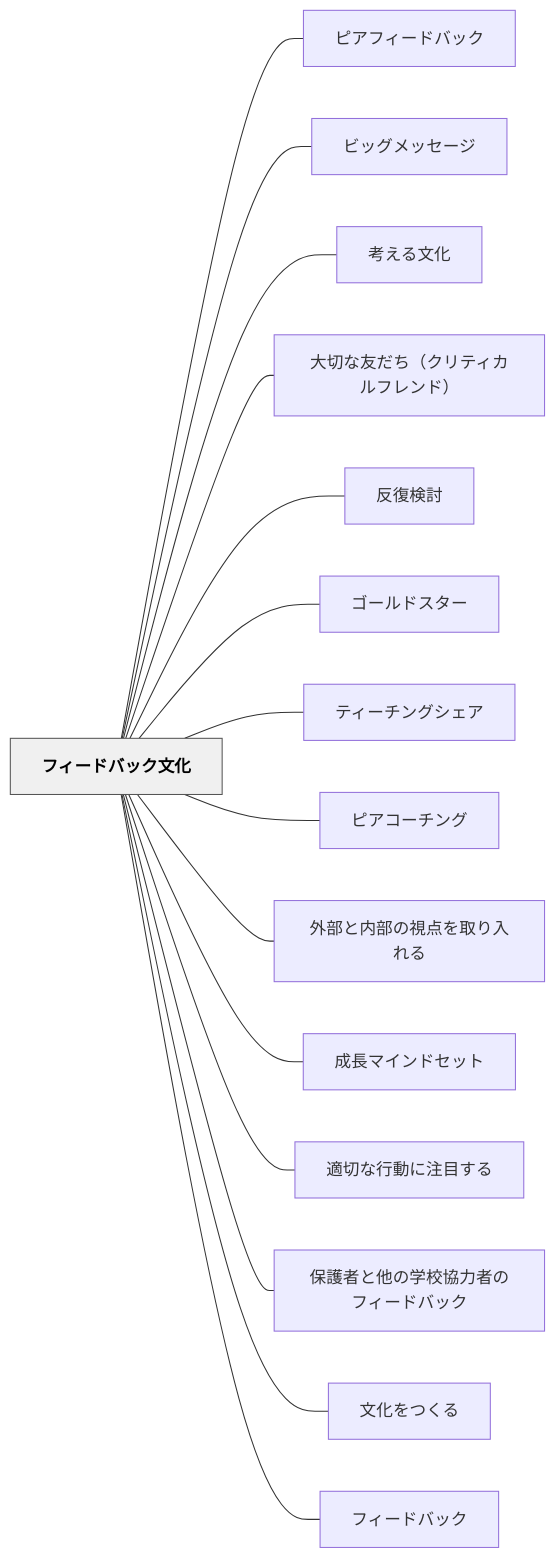
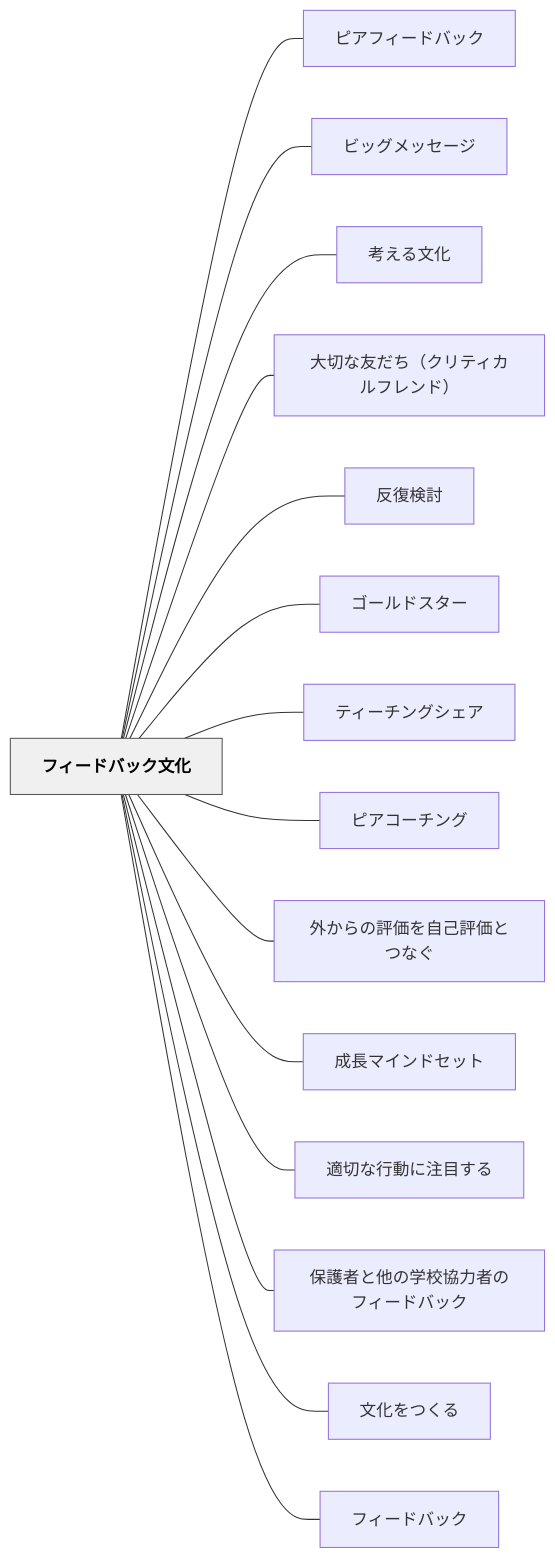
Before and after one commit to unknownthings-ed-patterns/unknownthings-ed-patterns: the diagram in content/パタン/フィードバック文化.md, drawn with Mermaid. The commit also changed other lines of this file and 8 other files, not shown here.

````diff
--- a/content/パタン/フィードバック文化.md
+++ b/content/パタン/フィードバック文化.md
@@ -89,36 +89,36 @@
 ```mermaid
 flowchart LR
     ne38395e382a3e383bce38389e38390e38383e382afe69687e58c96["フィードバック文化"]
     ne38394e382a2e38395e382a3e383bce38389e38390e38383e382af["ピアフィードバック"]
     ne38393e38383e382b0e383a1e38383e382bbe383bce382b8["ビッグメッセージ"]
     ne88083e38188e3828be69687e58c96["考える文化"]
     ne5a4a7e58887e381aae58f8be381a0e381a1efbc88e382afe383aae38386e382a3e382abe383abe38395e383ace383b3e38389efbc89["大切な友だち（クリティカルフレンド）"]
     ne58f8de5bea9e6a49ce8a88e["反復検討"]
     ne382b4e383bce383abe38389e382b9e382bfe383bc["ゴールドスター"]
     ne38386e382a3e383bce38381e383b3e382b0e382b7e382a7e382a2["ティーチングシェア"]
     ne38394e382a2e382b3e383bce38381e383b3e382b0["ピアコーチング"]
-    ne5a496e983a8e381a8e58685e983a8e381aee8a696e782b9e38292e58f96e3828ae585a5e3828ce3828b["外部と内部の視点を取り入れる"]
+    ne5a496e3818be38289e381aee8a995e4bea1e38292e887aae5b7b1e8a995e4bea1e381a8e381a4e381aae38190["外からの評価を自己評価とつなぐ"]
     ne68890e995b7e3839ee382a4e383b3e38389e382bbe38383e38388["成長マインドセット"]
     ne981a9e58887e381aae8a18ce58b95e381abe6b3a8e79baee38199e3828b["適切な行動に注目する"]
     ne4bf9de8adb7e88085e381a8e4bb96e381aee5ada6e6a0a1e58d94e58a9be88085e381aee38395e382a3e383bce38389e38390e38383e382af["保護者と他の学校協力者のフィードバック"]
     ne69687e58c96e38292e381a4e3818fe3828b["文化をつくる"]
     ne38395e382a3e383bce38389e38390e38383e382af["フィードバック"]
 
     ne38395e382a3e383bce38389e38390e38383e382afe69687e58c96 --- ne38394e382a2e38395e382a3e383bce38389e38390e38383e382af
     ne38395e382a3e383bce38389e38390e38383e382afe69687e58c96 --- ne38393e38383e382b0e383a1e38383e382bbe383bce382b8
     ne38395e382a3e383bce38389e38390e38383e382afe69687e58c96 --- ne88083e38188e3828be69687e58c96
     ne38395e382a3e383bce38389e38390e38383e382afe69687e58c96 --- ne5a4a7e58887e381aae58f8be381a0e381a1efbc88e382afe383aae38386e382a3e382abe383abe38395e383ace383b3e38389efbc89
     ne38395e382a3e383bce38389e38390e38383e382afe69687e58c96 --- ne58f8de5bea9e6a49ce8a88e
     ne38395e382a3e383bce38389e38390e38383e382afe69687e58c96 --- ne382b4e383bce383abe38389e382b9e382bfe383bc
     ne38395e382a3e383bce38389e38390e38383e382afe69687e58c96 --- ne38386e382a3e383bce38381e383b3e382b0e382b7e382a7e382a2
     ne38395e382a3e383bce38389e38390e38383e382afe69687e58c96 --- ne38394e382a2e382b3e383bce38381e383b3e382b0
-    ne38395e382a3e383bce38389e38390e38383e382afe69687e58c96 --- ne5a496e983a8e381a8e58685e983a8e381aee8a696e782b9e38292e58f96e3828ae585a5e3828ce3828b
+    ne38395e382a3e383bce38389e38390e38383e382afe69687e58c96 --- ne5a496e3818be38289e381aee8a995e4bea1e38292e887aae5b7b1e8a995e4bea1e381a8e381a4e381aae38190
     ne38395e382a3e383bce38389e38390e38383e382afe69687e58c96 --- ne68890e995b7e3839ee382a4e383b3e38389e382bbe38383e38388
     ne38395e382a3e383bce38389e38390e38383e382afe69687e58c96 --- ne981a9e58887e381aae8a18ce58b95e381abe6b3a8e79baee38199e3828b
     ne38395e382a3e383bce38389e38390e38383e382afe69687e58c96 --- ne4bf9de8adb7e88085e381a8e4bb96e381aee5ada6e6a0a1e58d94e58a9be88085e381aee38395e382a3e383bce38389e38390e38383e382af
     ne38395e382a3e383bce38389e38390e38383e382afe69687e58c96 --- ne69687e58c96e38292e381a4e3818fe3828b
     ne38395e382a3e383bce38389e38390e38383e382afe69687e58c96 --- ne38395e382a3e383bce38389e38390e38383e382af
 
     classDef hub fill:#f0f0f0,stroke:#555,color:#000,font-weight:bold
     class ne38395e382a3e383bce38389e38390e38383e382afe69687e58c96 hub
 ```
````
